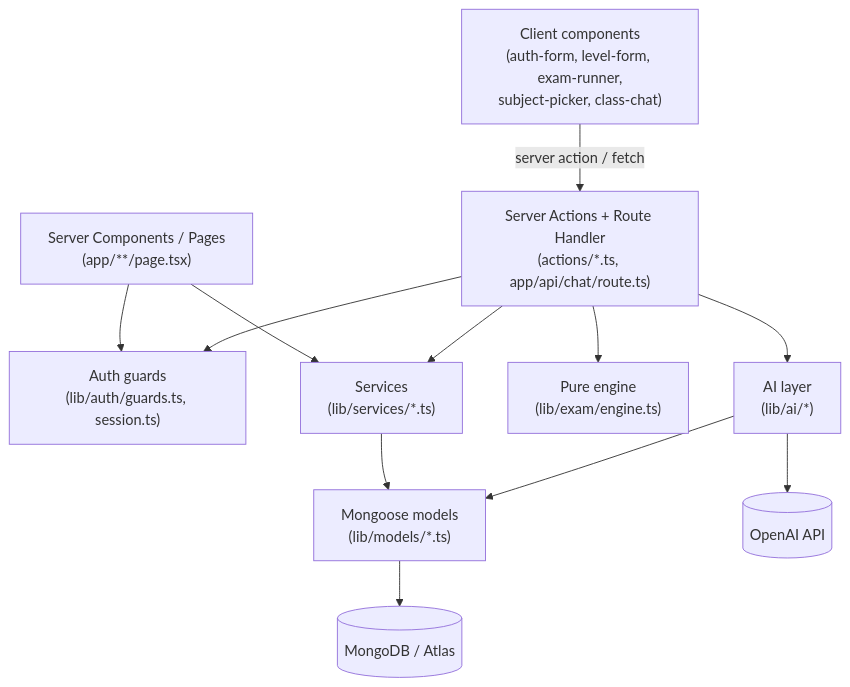
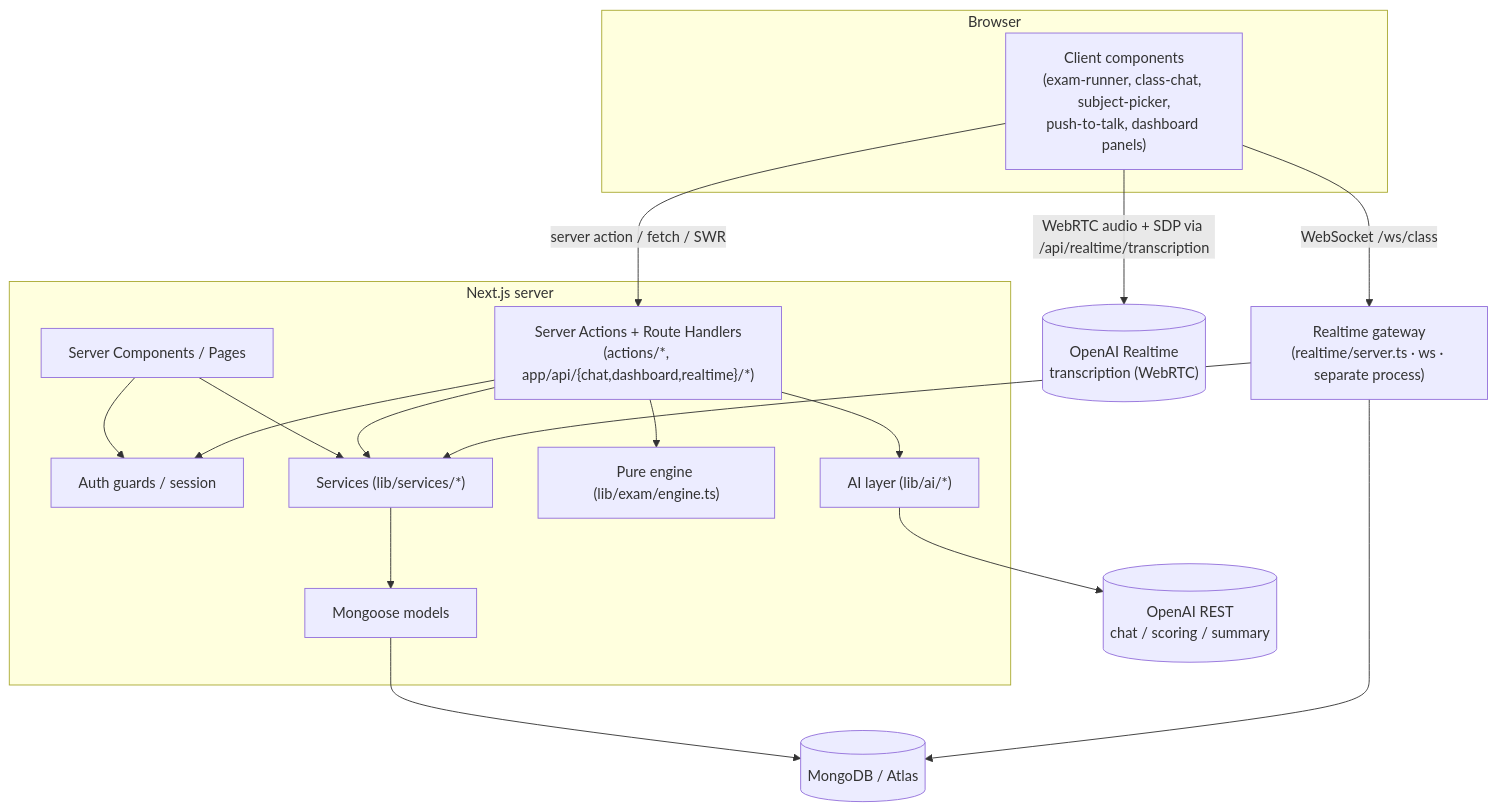
One commit to Mhmk1399/mvp-institute changed the first of 3 diagrams in docs/architecture.md. Above: the diagram before and after it, drawn with Mermaid. The commit also changed other lines of this file and 10 other files, not shown here.

````diff
--- a/docs/architecture.md
+++ b/docs/architecture.md
@@ -17,25 +20,36 @@
 ```mermaid
 flowchart TD
-  UI["Client components<br/>(auth-form, level-form, exam-runner,<br/>subject-picker, class-chat)"]
-  Pages["Server Components / Pages<br/>(app/**/page.tsx)"]
-  Actions["Server Actions + Route Handler<br/>(actions/*.ts, app/api/chat/route.ts)"]
-  Guards["Auth guards<br/>(lib/auth/guards.ts, session.ts)"]
-  Services["Services<br/>(lib/services/*.ts)"]
-  Engine["Pure engine<br/>(lib/exam/engine.ts)"]
-  AI["AI layer<br/>(lib/ai/*)"]
-  Models["Mongoose models<br/>(lib/models/*.ts)"]
+  subgraph Browser
+    UI["Client components<br/>(exam-runner, class-chat, subject-picker,<br/>push-to-talk, dashboard panels)"]
+  end
+
+  subgraph "Next.js server"
+    Pages["Server Components / Pages"]
+    Actions["Server Actions + Route Handlers<br/>(actions/*, app/api/{chat,dashboard,realtime}/*)"]
+    Guards["Auth guards / session"]
+    Services["Services (lib/services/*)"]
+    Engine["Pure engine (lib/exam/engine.ts)"]
+    AI["AI layer (lib/ai/*)"]
+    Models["Mongoose models"]
+  end
+
+  Gateway["Realtime gateway<br/>(realtime/server.ts · ws · separate process)"]
   Mongo[("MongoDB / Atlas")]
-  OpenAI[("OpenAI API")]
+  OpenAIrest[("OpenAI REST<br/>chat / scoring / summary")]
+  OpenAIrtc[("OpenAI Realtime<br/>transcription (WebRTC)")]
 
-  UI -->|"server action / fetch"| Actions
+  UI -->|"server action / fetch / SWR"| Actions
+  UI -->|"WebSocket /ws/class"| Gateway
+  UI -->|"WebRTC audio + SDP via /api/realtime/transcription"| OpenAIrtc
   Pages --> Guards
   Actions --> Guards
   Pages --> Services
   Actions --> Services
   Actions --> Engine
   Actions --> AI
   Services --> Models
   Models --> Mongo
-  AI --> OpenAI
-  AI --> Models
+  AI --> OpenAIrest
+  Gateway --> Services
+  Gateway --> Mongo
 ```
````
